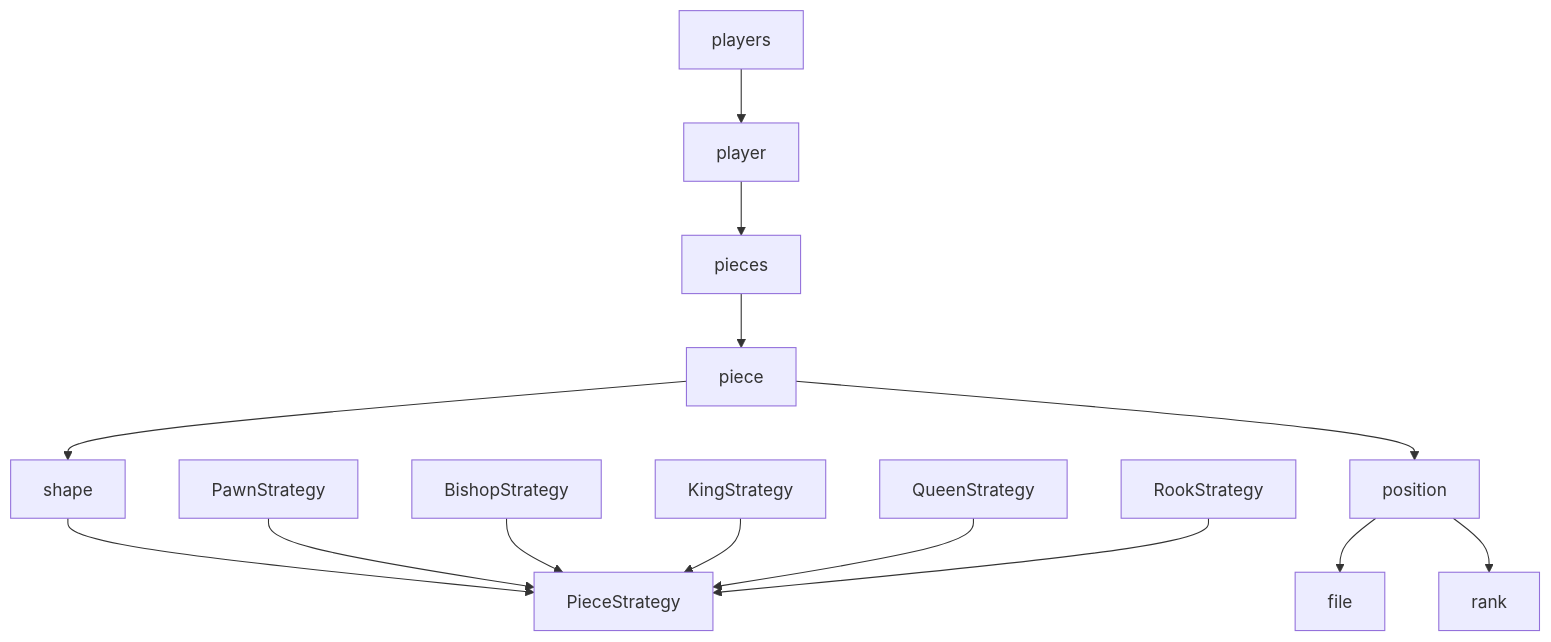
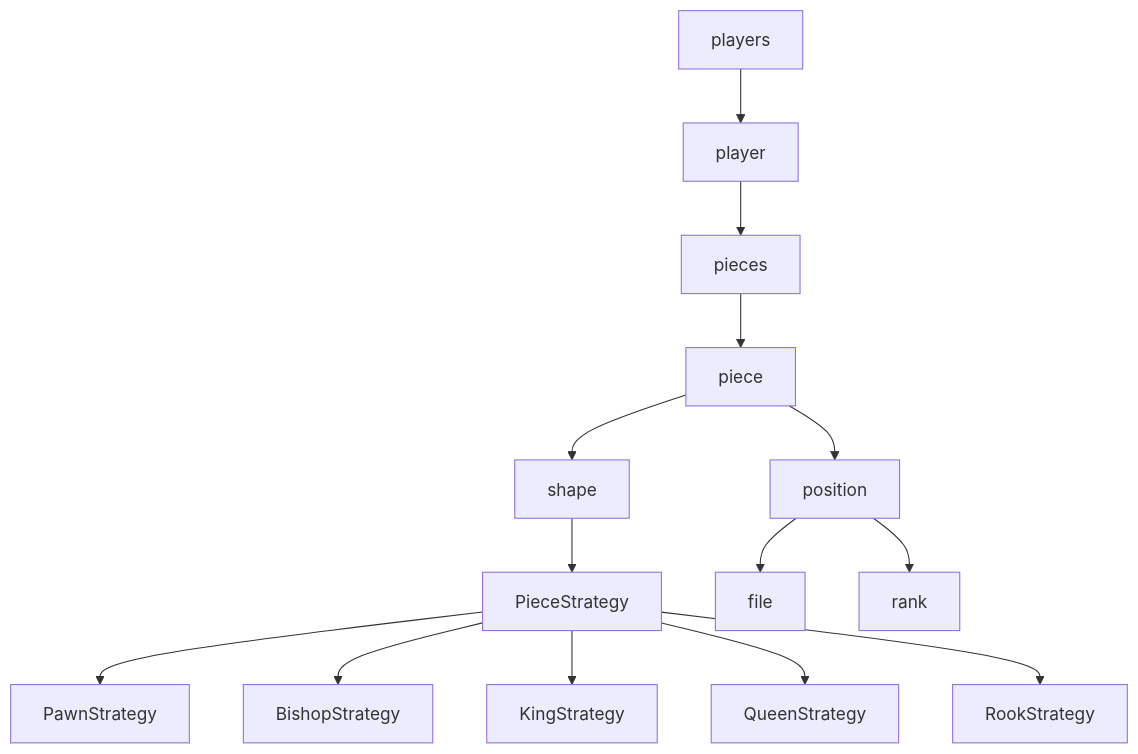
Before and after one commit to woowacourse/java-chess: the diagram in README.md, drawn with Mermaid. The commit also changed other lines of this file and 20 other files, not shown here.

````diff
--- a/README.md
+++ b/README.md
@@ -11,18 +11,20 @@
 ```mermaid
-graph TD
+flowchart TD
 D[pieces] --> A;
 A[piece] --> B[shape];
+
+B --> J
+J[PieceStrategy] --> K[PawnStrategy]
+J[PieceStrategy] -->L[BishopStrategy]
+J[PieceStrategy] -->M[KingStrategy]
+J[PieceStrategy] -->N[QueenStrategy]
+J[PieceStrategy] -->O[RookStrategy]
+
 A[piece] --> C[position];
 C --> E[file];
 C --> F[rank];
 
 H[player] --> D;
 I[players] --> H;
 
-B --> J[PieceStrategy]
-K[PawnStrategy] --> J
-L[BishopStrategy] --> J
-M[KingStrategy] --> J
-N[QueenStrategy] --> J
-O[RookStrategy] --> J
 ```
````
